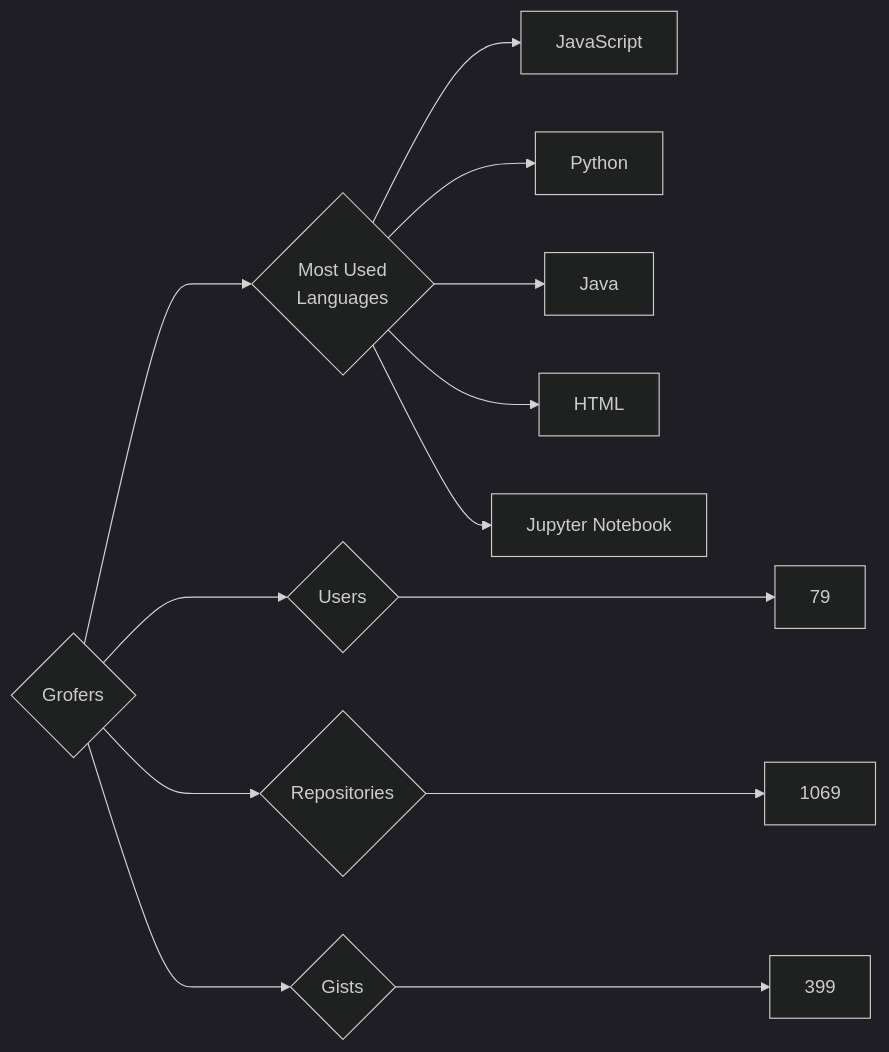
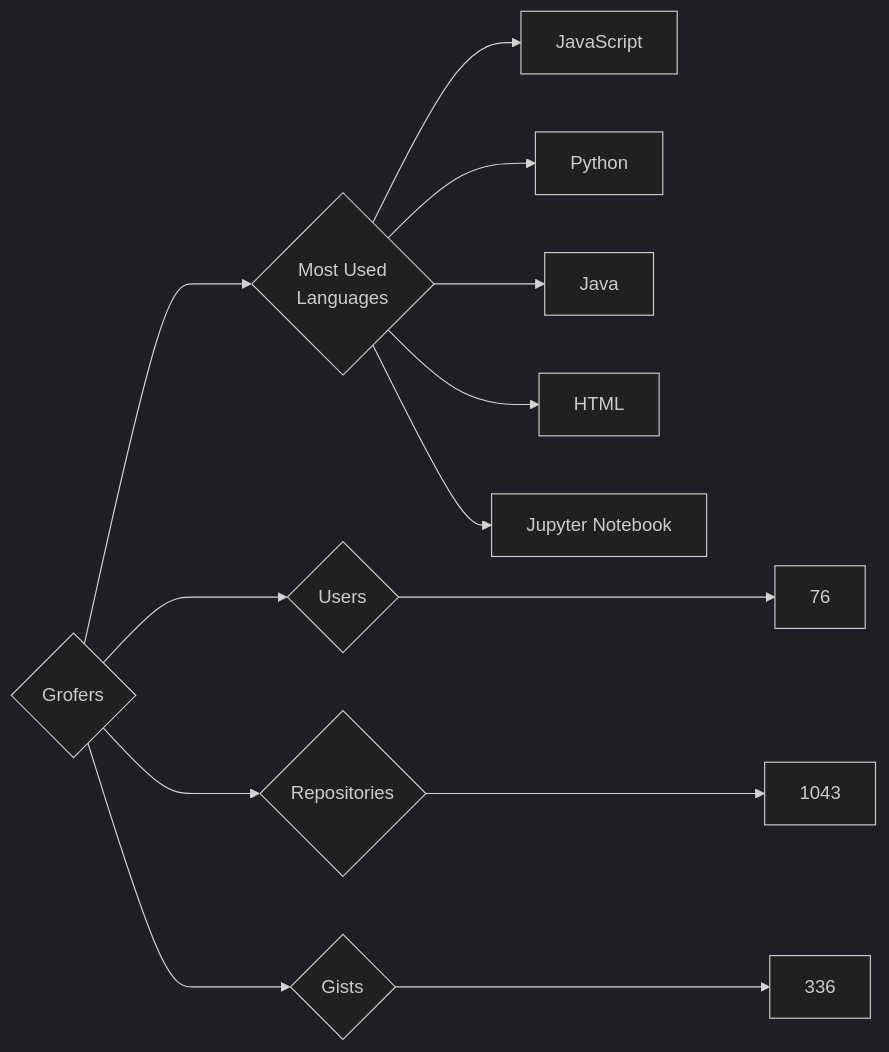
The diagram in targets/Grofers/README.md (trickest/insiders), drawn with Mermaid (dark theme) before and after one commit. The commit also changed 984 other files, not shown here.

````diff
--- a/targets/Grofers/README.md
+++ b/targets/Grofers/README.md
@@ -3,13 +3,13 @@
 ```mermaid
 graph LR
 COMPANY_NAME{Grofers}
-COMPANY_NAME ---> U{Users} ---> UN[79]
-COMPANY_NAME ---> R{Repositories} ---> RN[1069]
-COMPANY_NAME ---> G{Gists} ---> GN[399]
+COMPANY_NAME ---> U{Users} ---> UN[76]
+COMPANY_NAME ---> R{Repositories} ---> RN[1043]
+COMPANY_NAME ---> G{Gists} ---> GN[336]
 COMPANY_NAME ---> ML{Most Used<br>Languages}
 ML --> JavaScript[JavaScript]
 ML --> Python[Python]
 ML --> Java[Java]
 ML --> HTML[HTML]
 ML --> Jupyter_Notebook[Jupyter Notebook]
 ```
````
